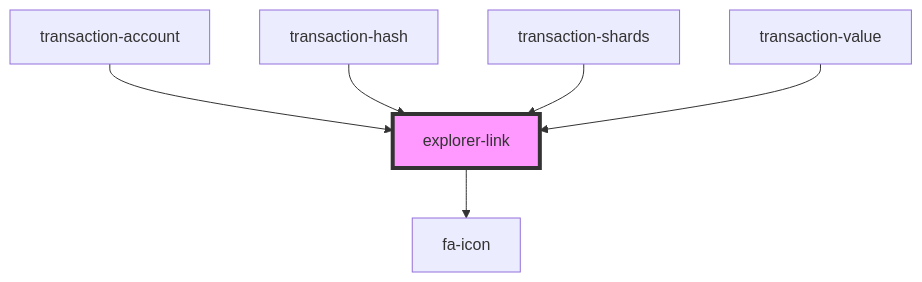
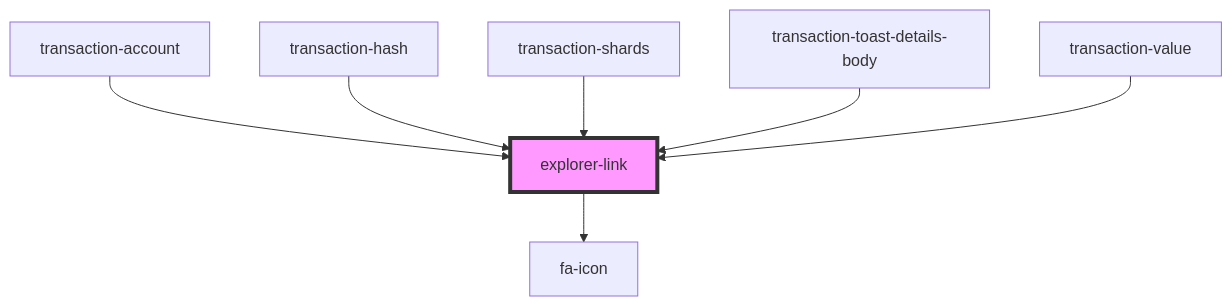
One commit to multiversx/mx-sdk-dapp-ui changed the diagram in src/components/explorer-link/readme.md. Above: the diagram before and after it, drawn with Mermaid. The commit also changed other lines of this file and 13 other files, not shown here.

Commit message:
Added copy, trim and explorer link on toasts

````diff
--- a/src/components/explorer-link/readme.md
+++ b/src/components/explorer-link/readme.md
@@ -33,9 +34,10 @@
 ```mermaid
 graph TD;
   explorer-link --> fa-icon
   transaction-account --> explorer-link
   transaction-hash --> explorer-link
   transaction-shards --> explorer-link
+  transaction-toast-details-body --> explorer-link
   transaction-value --> explorer-link
   style explorer-link fill:#f9f,stroke:#333,stroke-width:4px
 ```
````
